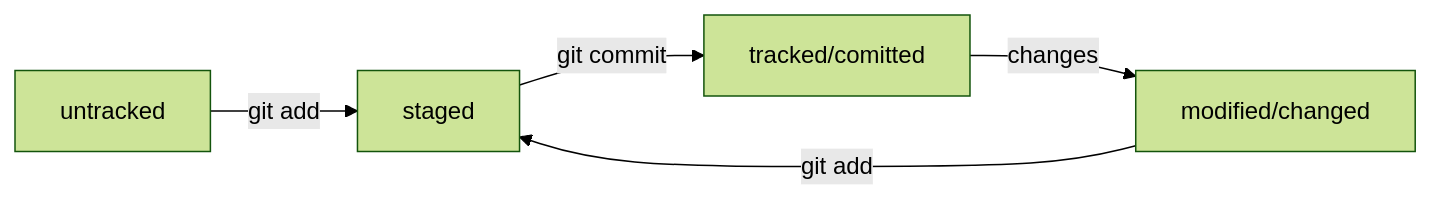
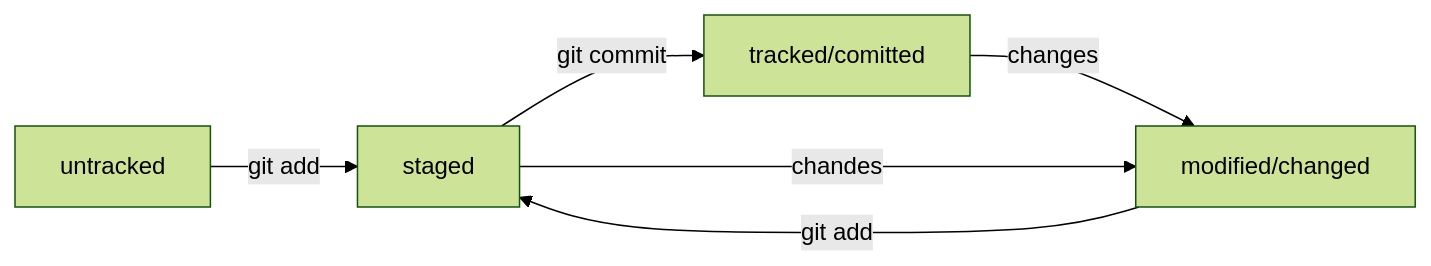
The diagram in README.md (Scarsgard-S/Console-Commands-and-GitHub-Guide), drawn with Mermaid (forest theme) before and after one commit.

Commit message:
Добавить в Mermaid-схему событие при изменения staged-файлов

````diff
--- a/README.md
+++ b/README.md
@@ -139,7 +139,8 @@
 ```mermaid
 graph LR;
   untracked -- "git add" --> staged;
   staged -- "git commit" --> tracked/comitted;
-  tracked/comitted -- "changes" --> modified/changed 
-  modified/changed -- "git add" --> staged
+  tracked/comitted -- "changes" --> modified/changed;
+  staged -- "chandes" --> modified/changed;
+  modified/changed -- "git add" --> staged;
 ``` 
````
